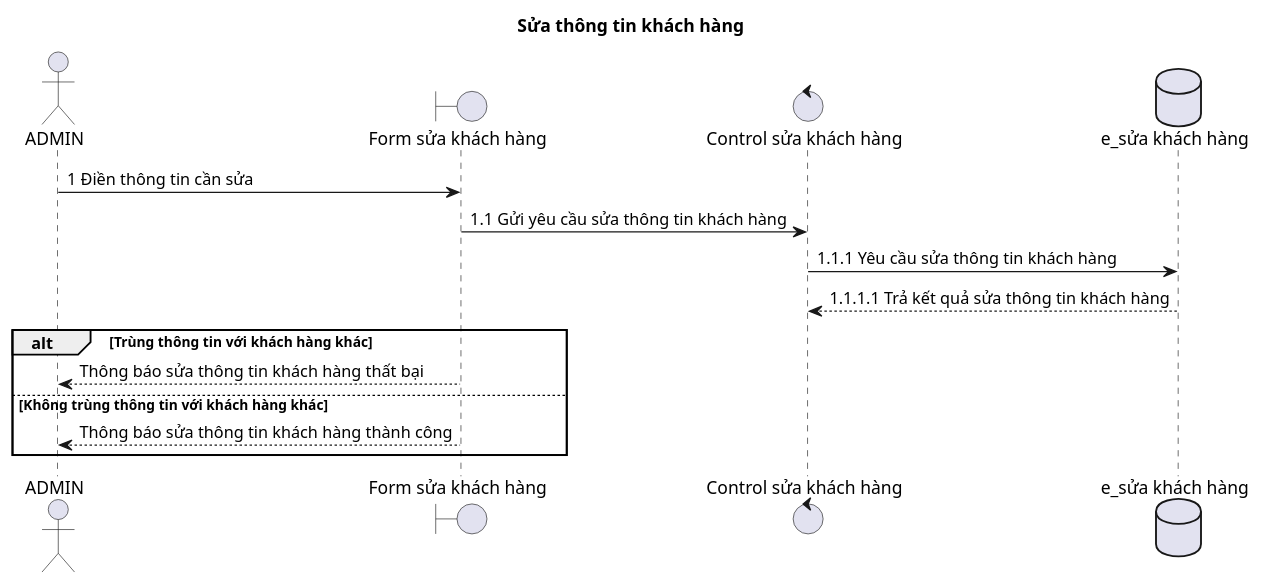
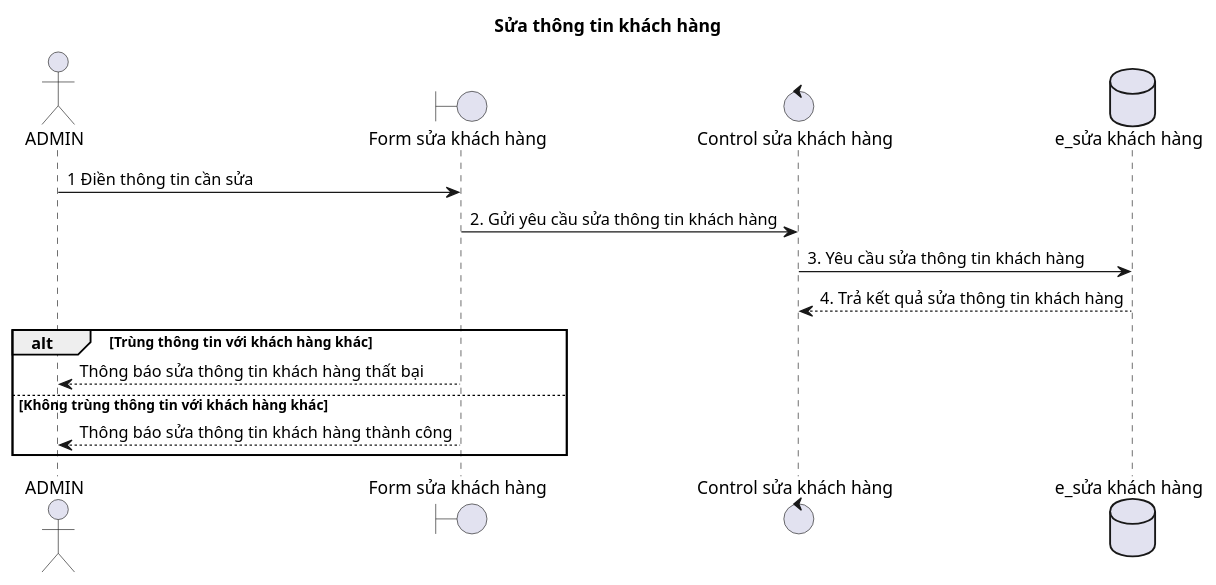
Before and after one commit to duygri/do-an-htttdn-crm: the diagram in docs/diagrams/sequence/preview/03-edit-customer-information.puml, drawn with PlantUML.

Commit message:
Update sequence diagram for editing customer information

```diff
--- a/docs/diagrams/sequence/preview/03-edit-customer-information.puml
+++ b/docs/diagrams/sequence/preview/03-edit-customer-information.puml
@@ -1,19 +1,19 @@
 @startuml
 title Sửa thông tin khách hàng
 
 actor ADMIN as Admin
 boundary "Form sửa khách hàng" as Boundary
 control "Control sửa khách hàng" as Control
 database "e_sửa khách hàng" as Entity
 
 Admin -> Boundary: 1 Điền thông tin cần sửa
-Boundary -> Control: 1.1 Gửi yêu cầu sửa thông tin khách hàng
-Control -> Entity: 1.1.1 Yêu cầu sửa thông tin khách hàng
-Entity --> Control: 1.1.1.1 Trả kết quả sửa thông tin khách hàng
+Boundary -> Control: 2. Gửi yêu cầu sửa thông tin khách hàng
+Control -> Entity: 3. Yêu cầu sửa thông tin khách hàng
+Entity --> Control: 4. Trả kết quả sửa thông tin khách hàng
 
 alt Trùng thông tin với khách hàng khác
   Boundary --> Admin: Thông báo sửa thông tin khách hàng thất bại
 else Không trùng thông tin với khách hàng khác
   Boundary --> Admin: Thông báo sửa thông tin khách hàng thành công
 end
 @enduml
```
